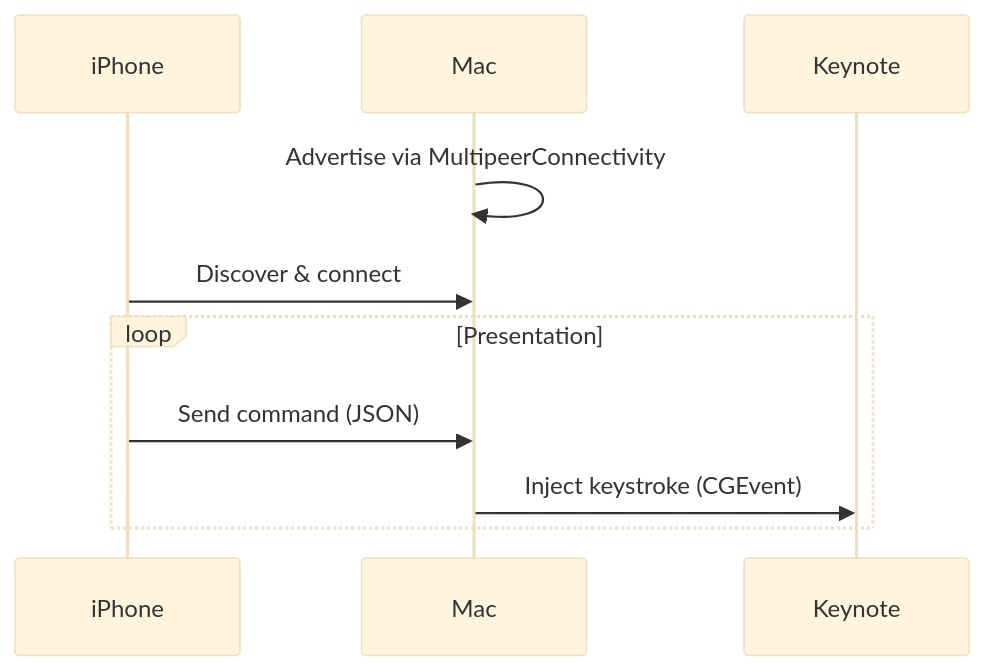
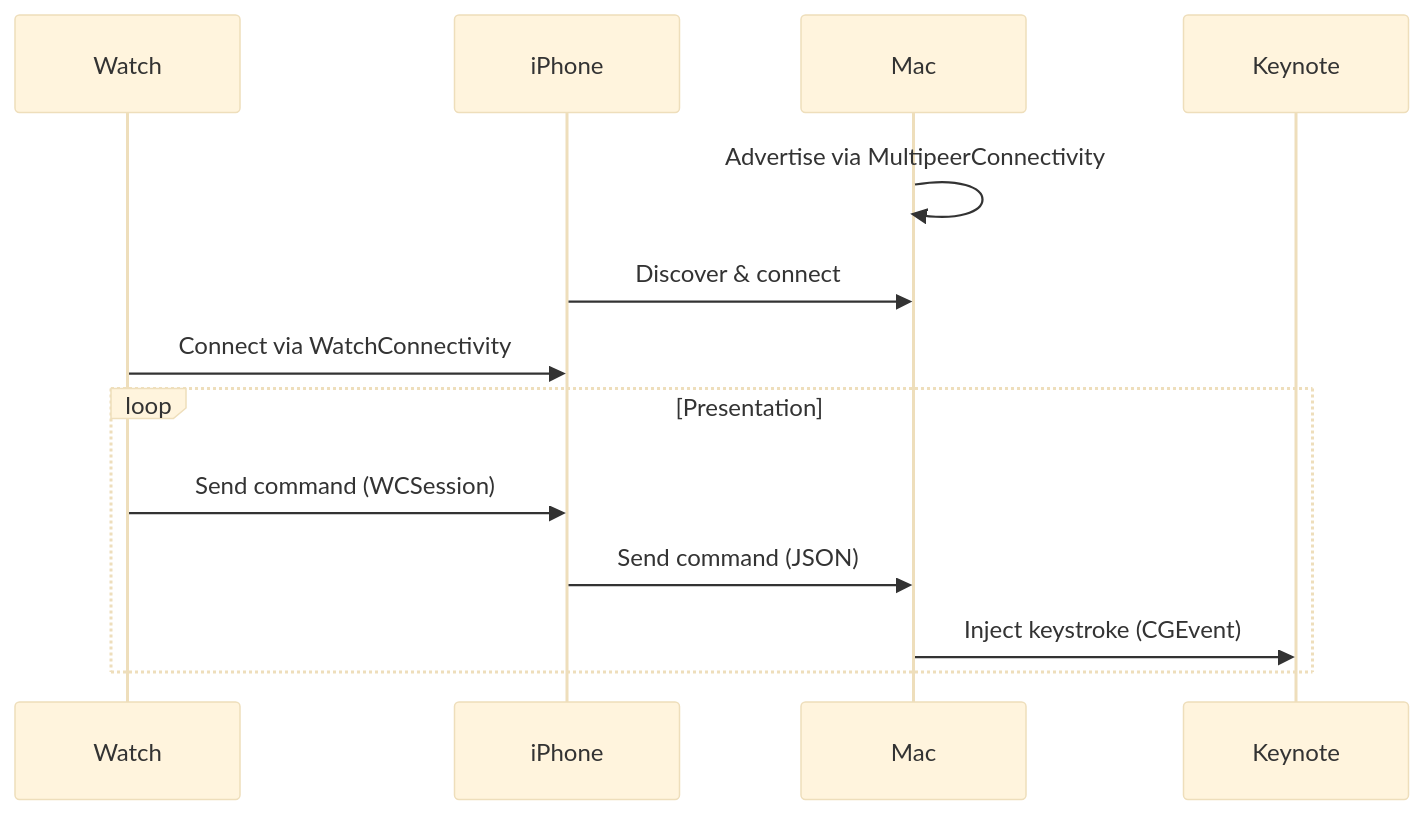
One commit to douinc/clicker changed the second of 2 diagrams in README.md. Above: the diagram before and after it, drawn with Mermaid (base theme). The commit also changed other lines of this file and 6 other files, not shown here.

````diff
--- a/README.md
+++ b/README.md
@@ -224,14 +216,17 @@
 ```mermaid
 sequenceDiagram
+    participant Watch
     participant iPhone
     participant Mac
     participant Keynote
 
     Mac->>Mac: Advertise via MultipeerConnectivity
     iPhone->>Mac: Discover & connect
+    Watch->>iPhone: Connect via WatchConnectivity
 
     loop Presentation
+        Watch->>iPhone: Send command (WCSession)
         iPhone->>Mac: Send command (JSON)
         Mac->>Keynote: Inject keystroke (CGEvent)
     end
 ```
````
